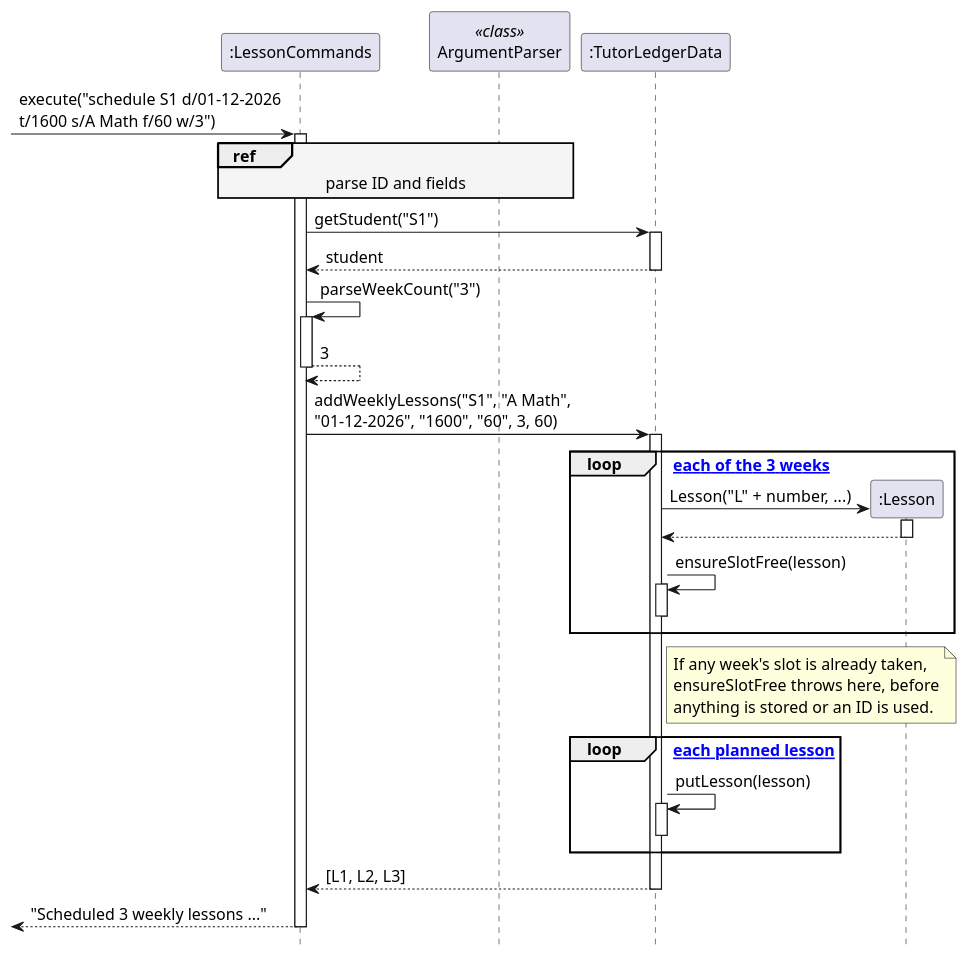
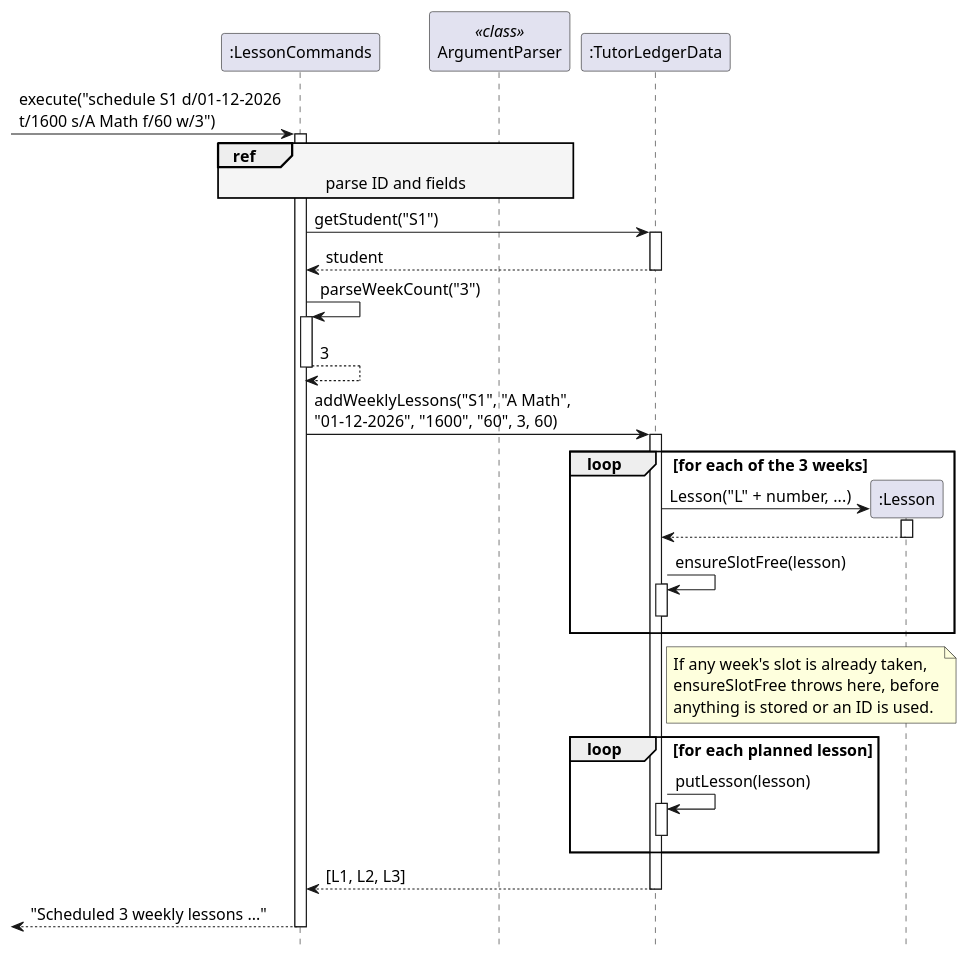
Before and after one commit to AY2627S1-CS2113-W12-2/tp: the diagram in docs/diagrams/lesson-weekly-sequence.puml, drawn with PlantUML. The commit also changed 8 other files, not shown here.

First line of the commit message:
DG: Add rendered lesson diagrams

```diff
--- a/docs/diagrams/lesson-weekly-sequence.puml
+++ b/docs/diagrams/lesson-weekly-sequence.puml
@@ -1,58 +1,58 @@
 @startuml
 skinparam backgroundColor white
 skinparam defaultFontSize 14
 skinparam shadowing false
 skinparam sequenceReferenceBackgroundColor #F5F5F5
 hide footbox
 
 participant ":LessonCommands" as Commands
 participant "ArgumentParser" as Parser <<class>>
 participant ":TutorLedgerData" as Data
 
 [-> Commands : execute("schedule S1 d/01-12-2026\nt/1600 s/A Math f/60 w/3")
 activate Commands
 
 ref over Commands, Parser : parse ID and fields
 
 Commands -> Data : getStudent("S1")
 activate Data
 Data --> Commands : student
 deactivate Data
 
 Commands -> Commands : parseWeekCount("3")
 activate Commands
 Commands --> Commands : 3
 deactivate Commands
 
 Commands -> Data : addWeeklyLessons("S1", "A Math",\n"01-12-2026", "1600", "60", 3, 60)
 activate Data
 
-loop [for each of the 3 weeks]
+loop for each of the 3 weeks
   create ":Lesson" as Lesson
   Data -> Lesson : Lesson("L" + number, ...)
   activate Lesson
   Lesson --> Data
   deactivate Lesson
   Data -> Data : ensureSlotFree(lesson)
   activate Data
   deactivate Data
 end
 
 note right of Data
   If any week's slot is already taken,
   ensureSlotFree throws here, before
   anything is stored or an ID is used.
 end note
 
-loop [for each planned lesson]
+loop for each planned lesson
   Data -> Data : putLesson(lesson)
   activate Data
   deactivate Data
 end
 
 Data --> Commands : [L1, L2, L3]
 deactivate Data
 
 [<-- Commands : "Scheduled 3 weekly lessons ..."
 deactivate Commands
 @enduml
```
